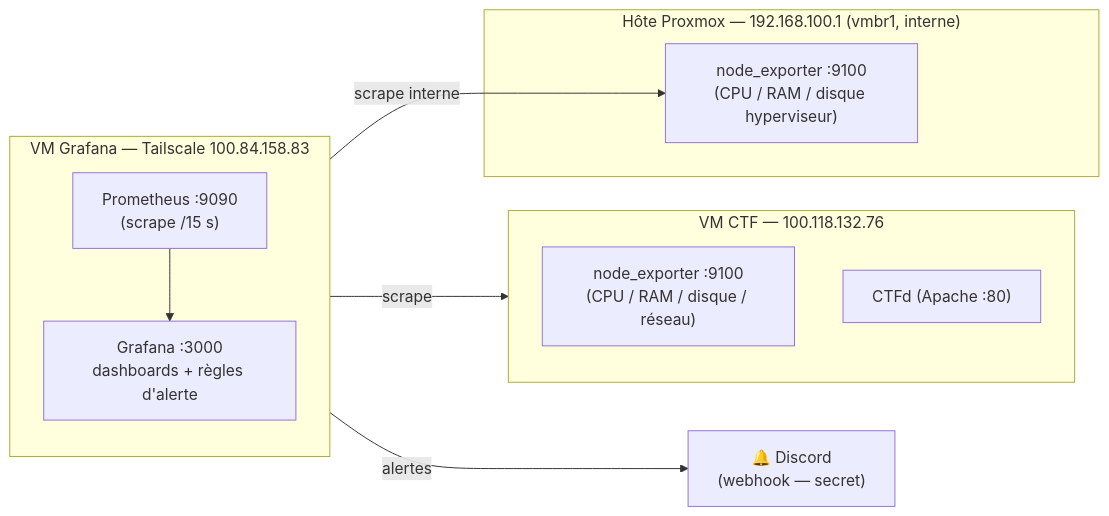
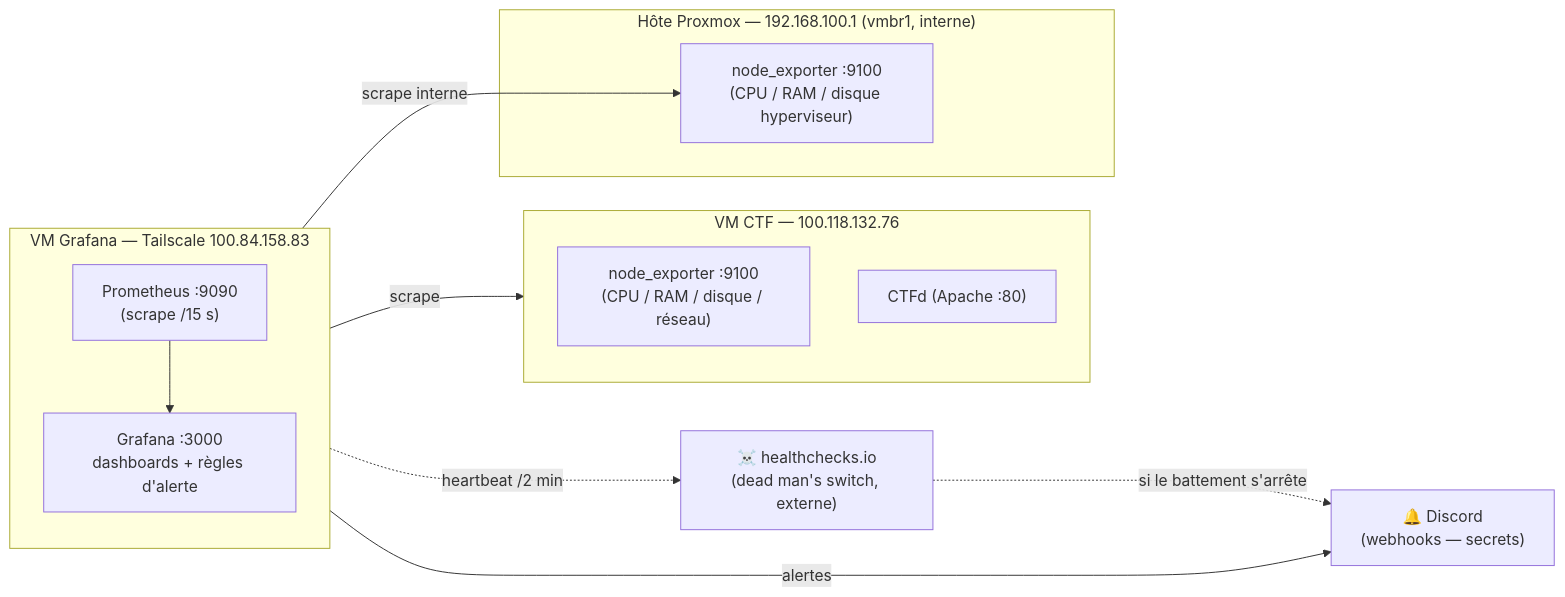
The diagram in docs/SUPERVISION.md (Jacob-dot-bit/RootMeUp), drawn with Mermaid before and after one commit. The commit also changed other lines of this file, not shown here.

Commit message:
docs(supervision): dead man's switch healthchecks.io (détection panne totale Proxmox)

````diff
--- a/docs/SUPERVISION.md
+++ b/docs/SUPERVISION.md
@@ -9,25 +9,28 @@
 ```mermaid
 flowchart LR
     subgraph grafana_vm["VM Grafana — Tailscale 100.84.158.83"]
         direction TB
         prometheus["Prometheus :9090<br/>(scrape /15 s)"]
         grafana["Grafana :3000<br/>dashboards + règles d'alerte"]
         prometheus --> grafana
     end
 
     subgraph ctf_vm["VM CTF — 100.118.132.76"]
         direction TB
         node["node_exporter :9100<br/>(CPU / RAM / disque / réseau)"]
         ctfd["CTFd (Apache :80)"]
     end
 
     subgraph pve["Hôte Proxmox — 192.168.100.1 (vmbr1, interne)"]
         pnode["node_exporter :9100<br/>(CPU / RAM / disque hyperviseur)"]
     end
 
-    discord["🔔 Discord<br/>(webhook — secret)"]
+    discord["🔔 Discord<br/>(webhooks — secrets)"]
+    hc["☠️ healthchecks.io<br/>(dead man's switch, externe)"]
 
     prometheus -->|scrape| node
     prometheus -->|scrape interne| pnode
     grafana -->|alertes| discord
+    grafana_vm -.->|heartbeat /2 min| hc
+    hc -.->|si le battement s'arrête| discord
 ```
````
